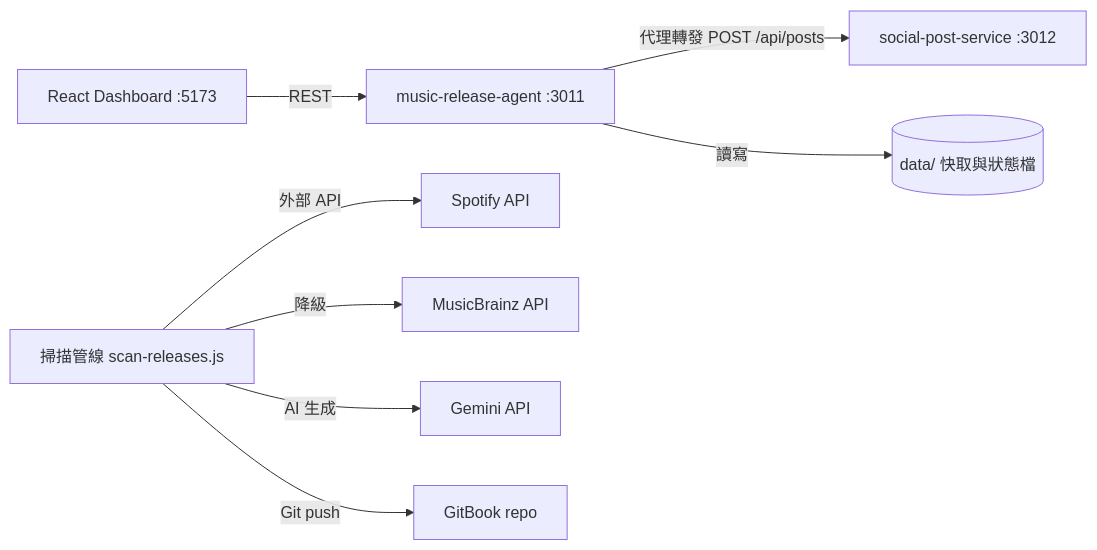
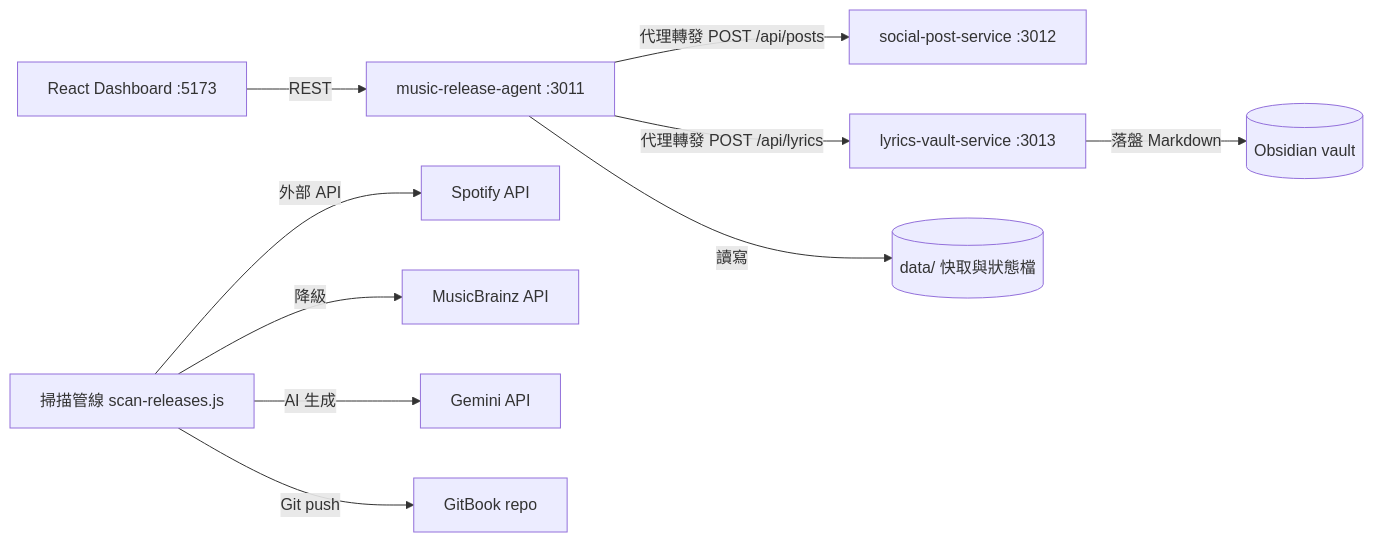
One commit to sunpochin/music-release-agent changed the diagram in docs/architecture.md. Above: the diagram before and after it, drawn with Mermaid. The commit also changed other lines of this file and 26 other files, not shown here.

First line of the commit message:
refactor: extract lyrics translation + Obsidian vault into lyrics-vault-service companion

````diff
--- a/docs/architecture.md
+++ b/docs/architecture.md
@@ -11,10 +11,12 @@
 ```mermaid
 graph LR
     Dashboard[React Dashboard :5173] -->|REST| Core[music-release-agent :3011]
     Core -->|代理轉發 POST /api/posts| Social[social-post-service :3012]
+    Core -->|代理轉發 POST /api/lyrics| Lyrics[lyrics-vault-service :3013]
+    Lyrics -->|落盤 Markdown| Vault[(Obsidian vault)]
     Core -->|讀寫| Data[(data/ 快取與狀態檔)]
     Scanner[掃描管線 scan-releases.js] -->|外部 API| Spotify[Spotify API]
     Scanner -->|降級| MB[MusicBrainz API]
     Scanner -->|AI 生成| Gemini[Gemini API]
     Scanner -->|Git push| GitBook[GitBook repo]
 ```
````
